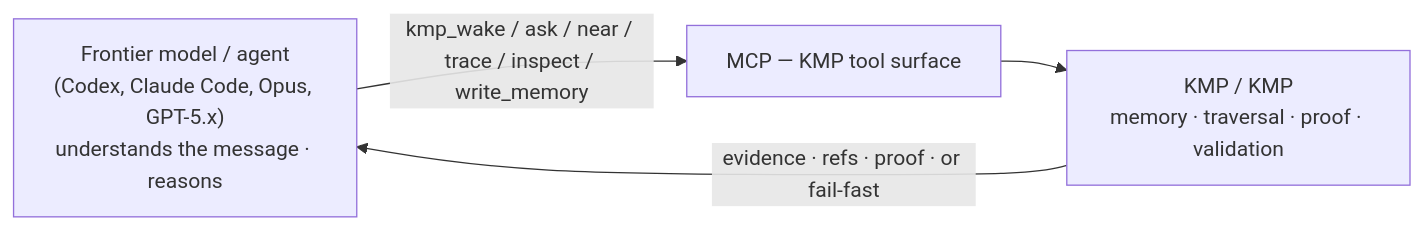
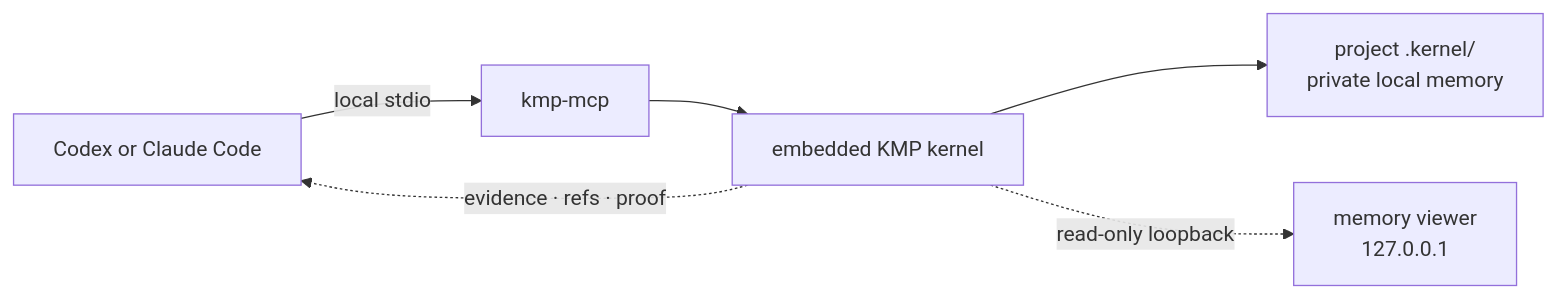
One commit to underpass-ai/kmp changed the second of 3 diagrams in README.md. Above: the diagram before and after it, drawn with Mermaid. The commit also changed other lines of this file and 4 other files, not shown here.

````diff
--- a/README.md
+++ b/README.md
@@ -217,9 +288,8 @@
 ```mermaid
 graph LR
-    A["Frontier model / agent<br/>(Codex, Claude Code, Opus, GPT-5.x)<br/>understands the message · reasons"]
-    MCP["MCP — KMP tool surface"]
-    K["KMP / KMP<br/>memory · traversal · proof · validation"]
-    A -->|"kmp_wake / ask / near / trace / inspect / write_memory"| MCP
-    MCP --> K
-    K -->|"evidence · refs · proof · or fail-fast"| A
+    A["Codex or Claude Code"] -->|"local stdio"| M["kmp-mcp"]
+    M --> K["embedded KMP kernel"]
+    K --> D["project .kernel/<br/>private local memory"]
+    K -. "evidence · refs · proof" .-> A
+    K -. "read-only loopback" .-> V["memory viewer<br/>127.0.0.1"]
 ```
````
